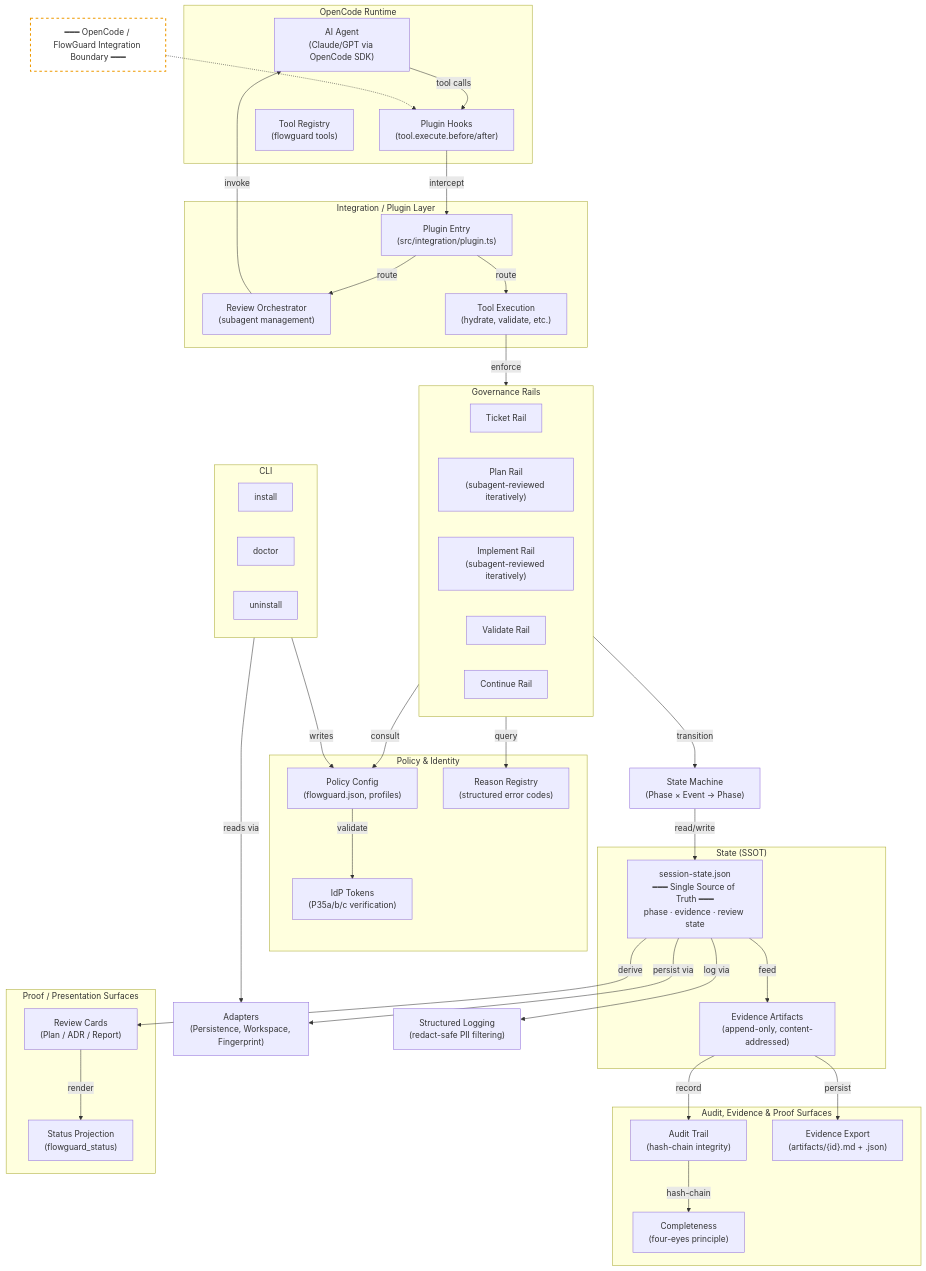
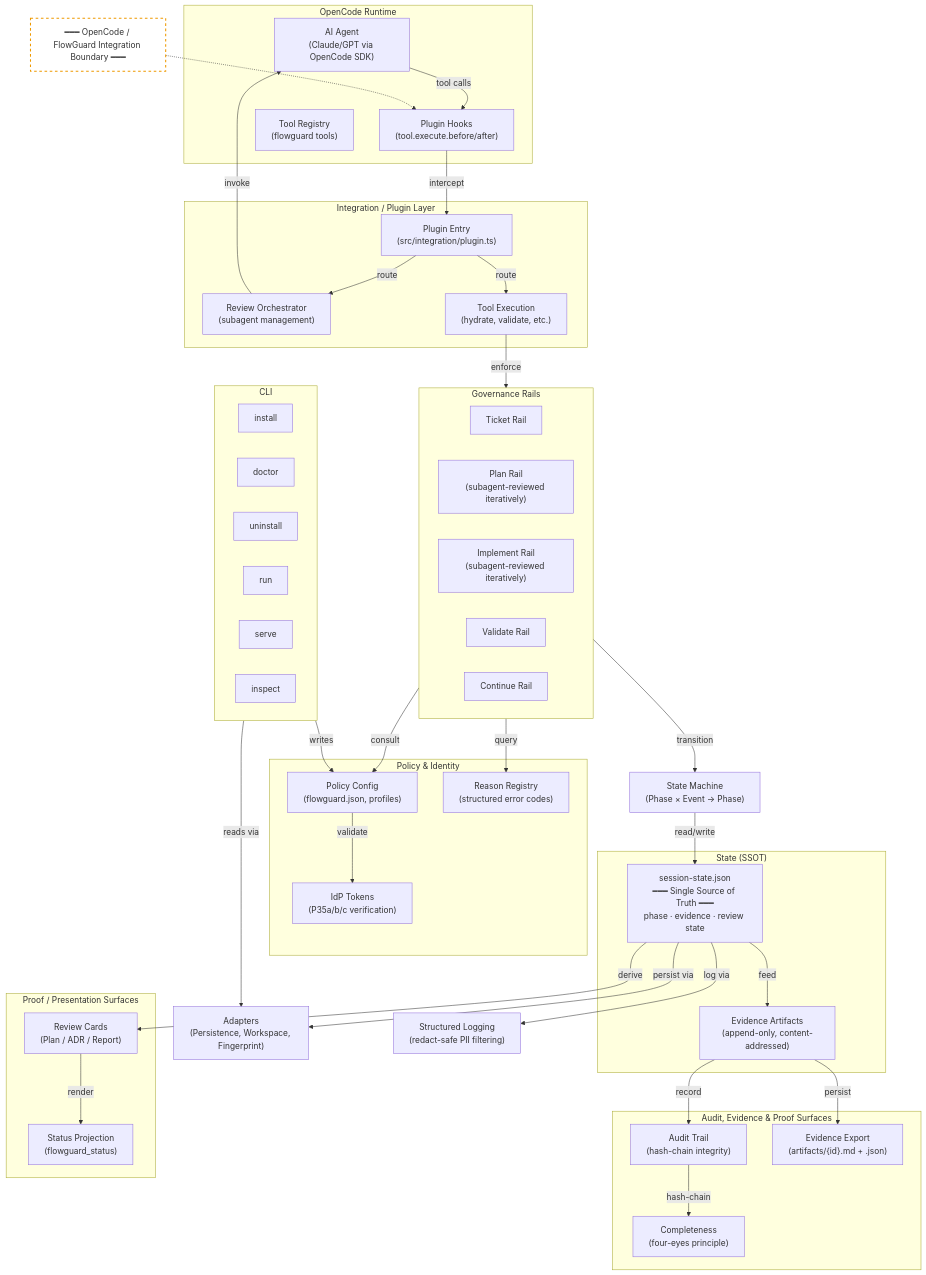
The diagram in docs/architecture/architecture-diagram.md (koeppben23/governed-runtime), drawn with Mermaid before and after one commit. The commit also changed 32 other files, not shown here.

```diff
--- a/docs/architecture/architecture-diagram.md
+++ b/docs/architecture/architecture-diagram.md
@@ -67,6 +67,9 @@
     Install["install"]
     Doctor["doctor"]
     Uninstall["uninstall"]
+    Run["run"]
+    Serve["serve"]
+    Inspect["inspect"]
   end
 
   %% ── OpenCode ↔ FlowGuard Integration Boundary ──
```
